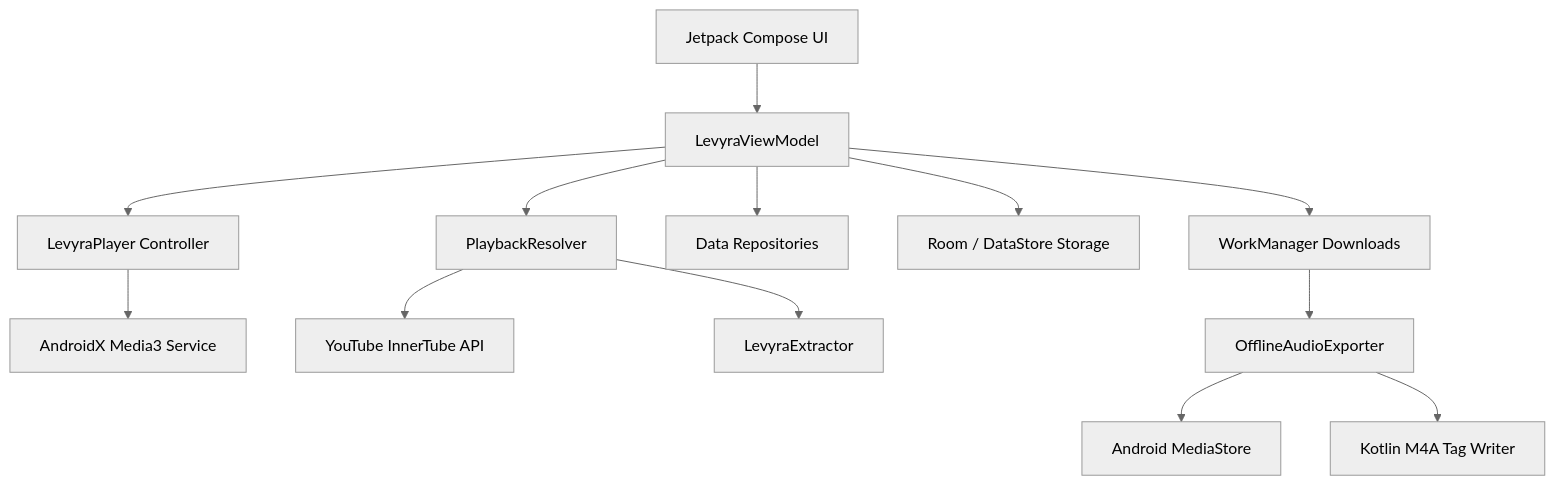
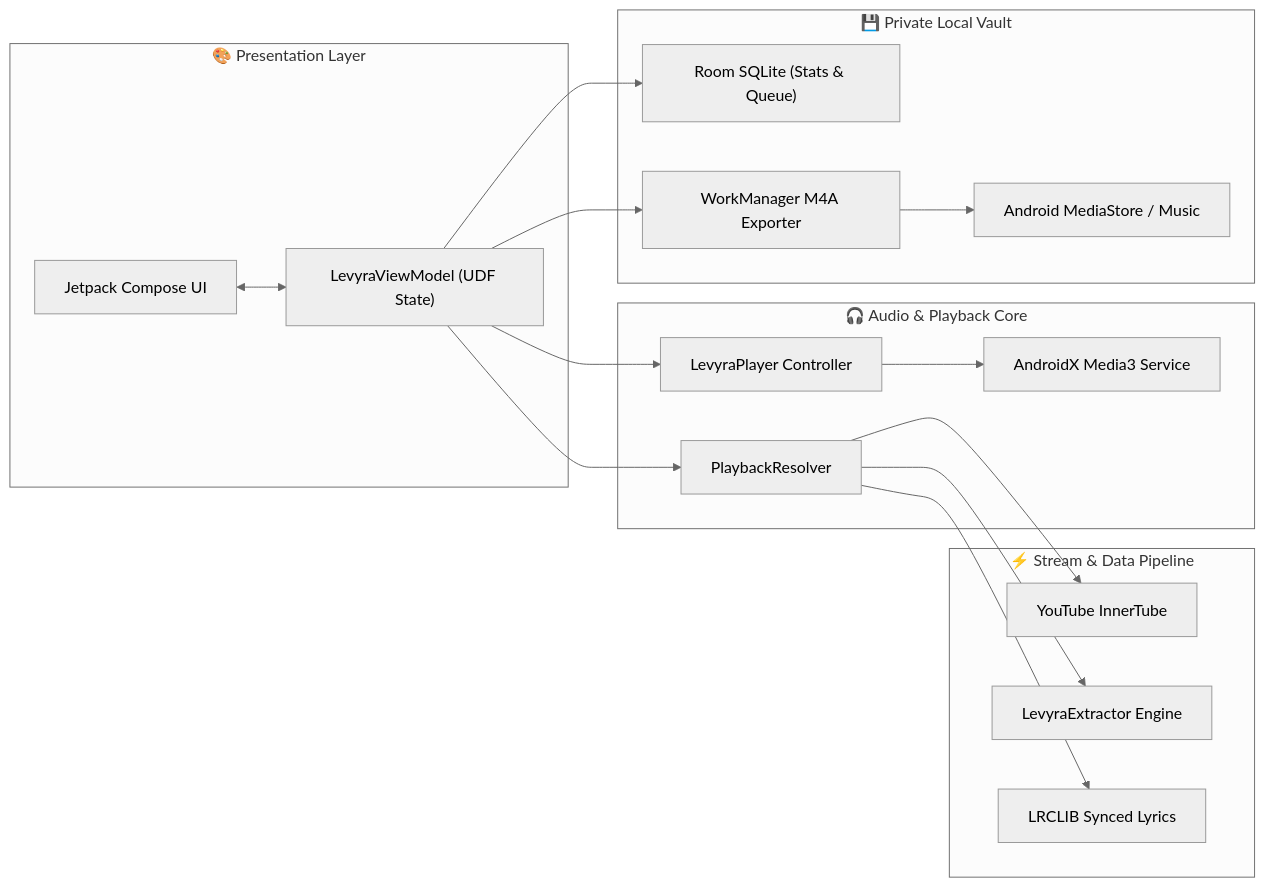
Before and after one commit to LUC4N3X/Levyra-deepsound: the diagram in README.md, drawn with Mermaid (neutral theme). The commit also changed other lines of this file, not shown here.

Commit message:
docs: redesign System Architecture section with dual-platform matrix and modular data flow

````diff
--- a/README.md
+++ b/README.md
@@ -176,19 +192,33 @@
 ```mermaid
-graph TD
-    UI["Jetpack Compose UI"] --> VM["LevyraViewModel"]
+flowchart LR
+    subgraph UI_Layer ["🎨 Presentation Layer"]
+        UI["Jetpack Compose UI"]
+        VM["LevyraViewModel (UDF State)"]
+        UI <--> VM
+    end
 
-    VM --> Player["LevyraPlayer Controller"]
-    VM --> Resolver["PlaybackResolver"]
-    VM --> Repos["Data Repositories"]
-    VM --> Store["Room / DataStore Storage"]
-    VM --> Work["WorkManager Downloads"]
+    subgraph Audio_Core ["🎧 Audio & Playback Core"]
+        Player["LevyraPlayer Controller"]
+        Media3["AndroidX Media3 Service"]
+        Resolver["PlaybackResolver"]
+        VM --> Player --> Media3
+        VM --> Resolver
+    end
 
-    Player --> Media3["AndroidX Media3 Service"]
+    subgraph Data_Pipeline ["⚡ Stream & Data Pipeline"]
+        InnerTube["YouTube InnerTube"]
+        Extractor["LevyraExtractor Engine"]
+        LRCLIB["LRCLIB Synced Lyrics"]
+        Resolver --> InnerTube
+        Resolver --> Extractor
+        Resolver --> LRCLIB
+    end
 
-    Resolver --> InnerTube["YouTube InnerTube API"]
-    Resolver --> Extractor["LevyraExtractor"]
-
-    Work --> Exporter["OfflineAudioExporter"]
-    Exporter --> MediaStore["Android MediaStore"]
-    Exporter --> Tagger["Kotlin M4A Tag Writer"]
+    subgraph Offline_Vault ["💾 Private Local Vault"]
+        Room["Room SQLite (Stats & Queue)"]
+        Exporter["WorkManager M4A Exporter"]
+        MediaStore["Android MediaStore / Music"]
+        VM --> Room
+        VM --> Exporter --> MediaStore
+    end
 ```
````
